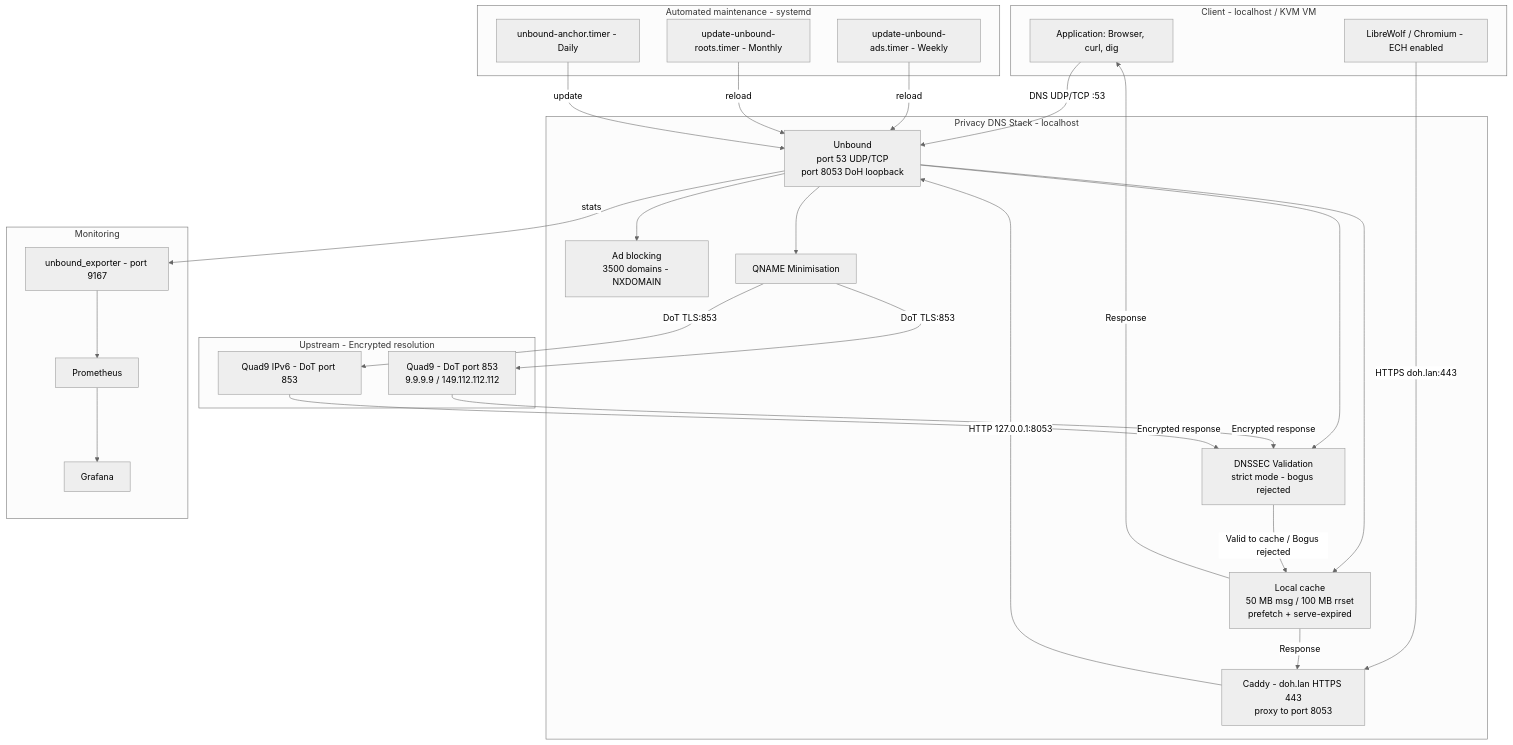
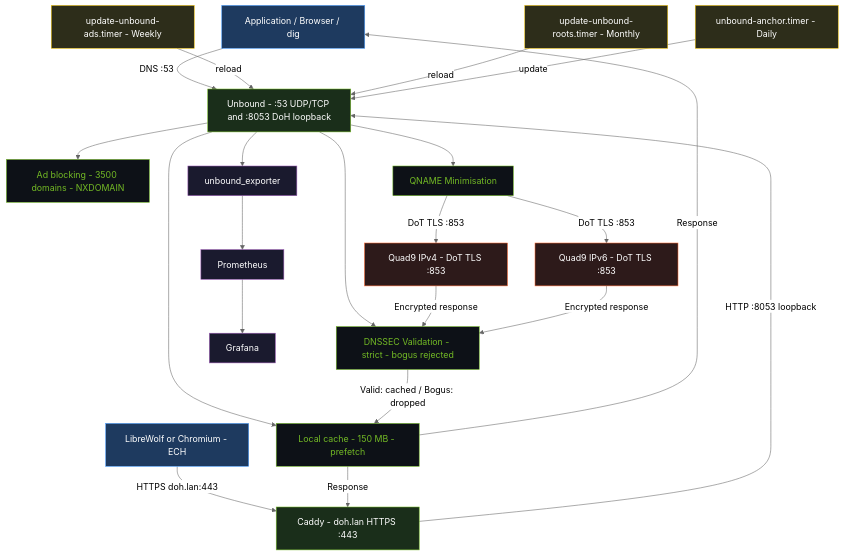
One commit to crisis1er/unbound changed the diagram in README.md. Above: the diagram before and after it, drawn with Mermaid (neutral theme). The commit also changed other lines of this file, not shown here.

Commit message:
fix: simplify Mermaid diagram - clean labels, no emojis, no multiline nodes

````diff
--- a/README.md
+++ b/README.md
@@ -32,67 +32,59 @@
 ```mermaid
 flowchart TD
-    subgraph CLIENT["Client - localhost / KVM VM"]
-        APP["Application: Browser, curl, dig"]
-        LIBREOLF["LibreWolf / Chromium - ECH enabled"]
-    end
+    APP[Application / Browser / dig]
+    BROWSER[LibreWolf or Chromium - ECH]
+    CADDY[Caddy - doh.lan HTTPS :443]
+    UNBOUND[Unbound - :53 UDP/TCP and :8053 DoH loopback]
+    ADBLOCK[Ad blocking - 3500 domains - NXDOMAIN]
+    DNSSEC[DNSSEC Validation - strict - bogus rejected]
+    CACHE[Local cache - 150 MB - prefetch]
+    QMIN[QNAME Minimisation]
+    QUAD9[Quad9 IPv4 - DoT TLS :853]
+    QUAD9V6[Quad9 IPv6 - DoT TLS :853]
+    EXPORTER[unbound_exporter]
+    PROMETHEUS[Prometheus]
+    GRAFANA[Grafana]
+    ADS[update-unbound-ads.timer - Weekly]
+    ROOTS[update-unbound-roots.timer - Monthly]
+    ANCHOR[unbound-anchor.timer - Daily]
 
-    subgraph LOCAL["Privacy DNS Stack - localhost"]
-        CADDY["Caddy - doh.lan HTTPS 443
-proxy to port 8053"]
-        UNBOUND["Unbound
-port 53 UDP/TCP
-port 8053 DoH loopback"]
-        ADBLOCK["Ad blocking
-3500 domains - NXDOMAIN"]
-        DNSSEC["DNSSEC Validation
-strict mode - bogus rejected"]
-        CACHE["Local cache
-50 MB msg / 100 MB rrset
-prefetch + serve-expired"]
-        QMIN["QNAME Minimisation"]
-    end
-
-    subgraph UPSTREAM["Upstream - Encrypted resolution"]
-        QUAD9["Quad9 - DoT port 853
-9.9.9.9 / 149.112.112.112"]
-        QUAD9V6["Quad9 IPv6 - DoT port 853"]
-    end
-
-    subgraph MONITORING["Monitoring"]
-        EXPORTER["unbound_exporter - port 9167"]
-        PROMETHEUS["Prometheus"]
-        GRAFANA["Grafana"]
-    end
-
-    subgraph MAINTENANCE["Automated maintenance - systemd"]
-        ADS["update-unbound-ads.timer - Weekly"]
-        ROOTS["update-unbound-roots.timer - Monthly"]
-        ANCHOR["unbound-anchor.timer - Daily"]
-    end
-
-    LIBREOLF -->|"HTTPS doh.lan:443"| CADDY
-    CADDY -->|"HTTP 127.0.0.1:8053"| UNBOUND
-    APP -->|"DNS UDP/TCP :53"| UNBOUND
+    APP -->|DNS :53| UNBOUND
+    BROWSER -->|HTTPS doh.lan:443| CADDY
+    CADDY -->|HTTP :8053 loopback| UNBOUND
 
     UNBOUND --> ADBLOCK
     UNBOUND --> DNSSEC
     UNBOUND --> CACHE
     UNBOUND --> QMIN
 
-    QMIN -->|"DoT TLS:853"| QUAD9
-    QMIN -->|"DoT TLS:853"| QUAD9V6
+    QMIN -->|DoT TLS :853| QUAD9
+    QMIN -->|DoT TLS :853| QUAD9V6
 
-    QUAD9 -->|"Encrypted response"| DNSSEC
-    QUAD9V6 -->|"Encrypted response"| DNSSEC
-    DNSSEC -->|"Valid to cache / Bogus rejected"| CACHE
-    CACHE -->|"Response"| APP
-    CACHE -->|"Response"| CADDY
+    QUAD9 -->|Encrypted response| DNSSEC
+    QUAD9V6 -->|Encrypted response| DNSSEC
+    DNSSEC -->|Valid: cached / Bogus: dropped| CACHE
+    CACHE -->|Response| APP
+    CACHE -->|Response| CADDY
 
-    UNBOUND -->|"stats"| EXPORTER
+    UNBOUND --> EXPORTER
     EXPORTER --> PROMETHEUS
     PROMETHEUS --> GRAFANA
 
-    ADS -->|"reload"| UNBOUND
-    ROOTS -->|"reload"| UNBOUND
-    ANCHOR -->|"update"| UNBOUND
+    ADS -->|reload| UNBOUND
+    ROOTS -->|reload| UNBOUND
+    ANCHOR -->|update| UNBOUND
+
+    classDef client fill:#1e3a5f,stroke:#4a9eff,color:#fff
+    classDef core fill:#1a2e1a,stroke:#73BA25,color:#fff
+    classDef decision fill:#0d1117,stroke:#73BA25,color:#73BA25
+    classDef upstream fill:#2d1a1a,stroke:#ff6b35,color:#fff
+    classDef monitor fill:#1a1a2e,stroke:#9b59b6,color:#fff
+    classDef timer fill:#2d2d1a,stroke:#f1c40f,color:#fff
+
+    class APP,BROWSER client
+    class CADDY,UNBOUND core
+    class ADBLOCK,DNSSEC,CACHE,QMIN decision
+    class QUAD9,QUAD9V6 upstream
+    class EXPORTER,PROMETHEUS,GRAFANA monitor
+    class ADS,ROOTS,ANCHOR timer
 ```
````
